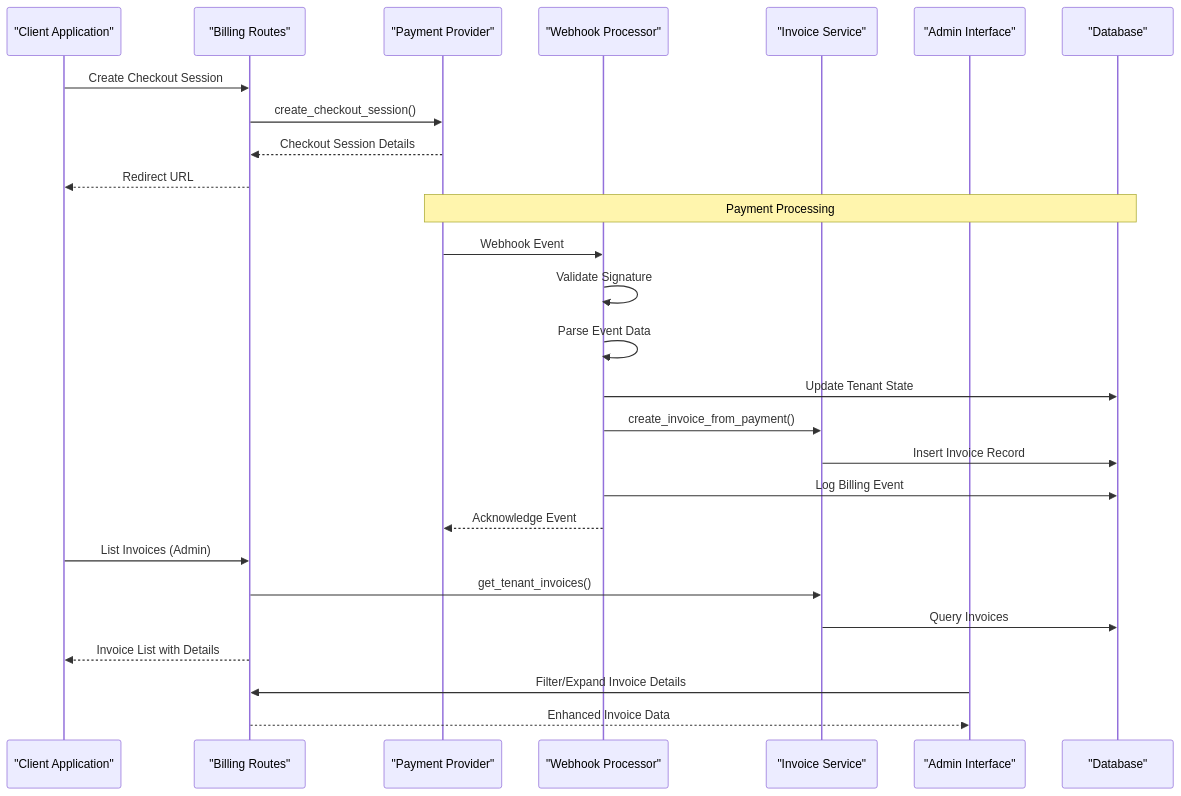
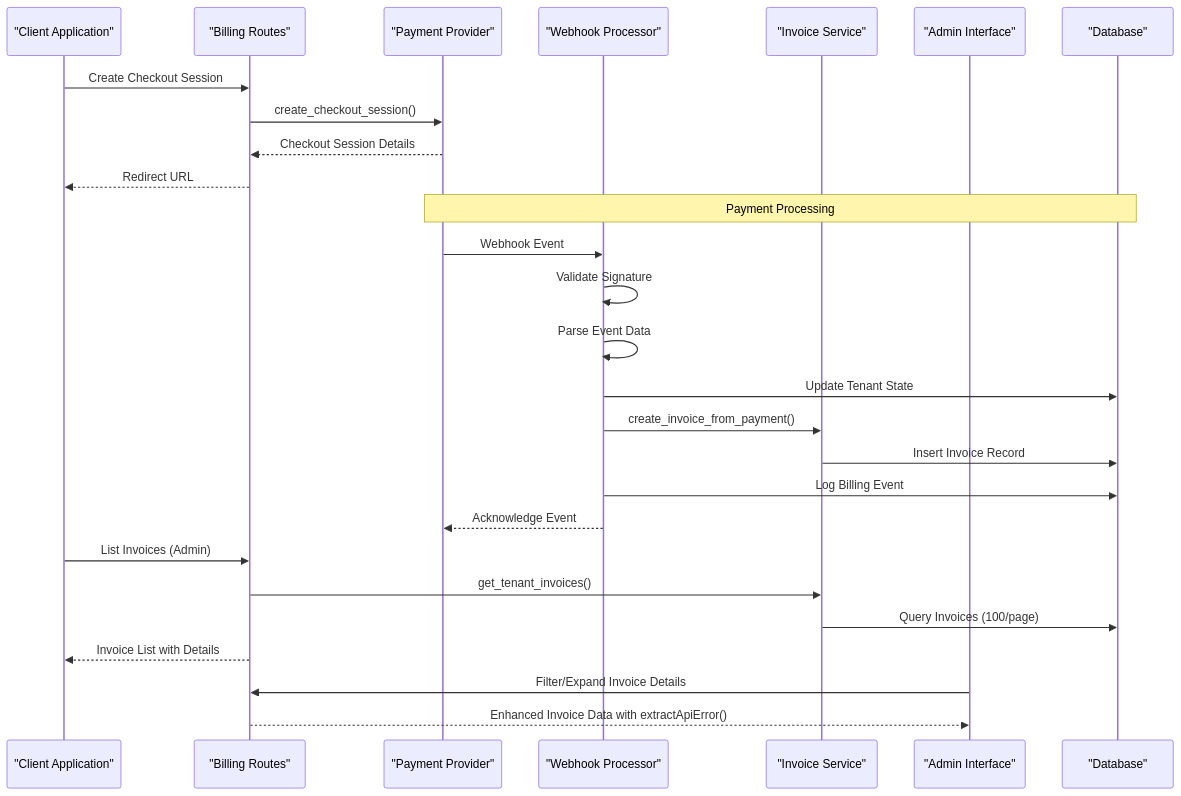
The second of 9 diagrams in .qoder/repowiki/en/content/Frontend Architecture/Invoice Management.md (Revanththetalogics/aireume), drawn with Mermaid before and after one commit. The commit also changed other lines of this file and 9 other files, not shown here.

Commit message:
fix: admin overview metrics showing dashes - add flat fields to API response - Add active_users, total_analyses, mrr at root level of /metrics/overview - Frontend already expects these field names - no frontend changes needed

````diff
--- a/.qoder/repowiki/en/content/Frontend Architecture/Invoice Management.md
+++ b/.qoder/repowiki/en/content/Frontend Architecture/Invoice Management.md
@@ -133,29 +135,29 @@
 ```mermaid
 sequenceDiagram
 participant Client as "Client Application"
 participant API as "Billing Routes"
 participant Provider as "Payment Provider"
 participant Webhook as "Webhook Processor"
 participant Invoice as "Invoice Service"
 participant AdminUI as "Admin Interface"
 participant DB as "Database"
 Client->>API : Create Checkout Session
 API->>Provider : create_checkout_session()
 Provider-->>API : Checkout Session Details
 API-->>Client : Redirect URL
 Note over Provider,DB : Payment Processing
 Provider->>Webhook : Webhook Event
 Webhook->>Webhook : Validate Signature
 Webhook->>Webhook : Parse Event Data
 Webhook->>DB : Update Tenant State
 Webhook->>Invoice : create_invoice_from_payment()
 Invoice->>DB : Insert Invoice Record
 Webhook->>DB : Log Billing Event
 Webhook-->>Provider : Acknowledge Event
 Client->>API : List Invoices (Admin)
 API->>Invoice : get_tenant_invoices()
-Invoice->>DB : Query Invoices
+Invoice->>DB : Query Invoices (100/page)
 API-->>Client : Invoice List with Details
 AdminUI->>API : Filter/Expand Invoice Details
-API-->>AdminUI : Enhanced Invoice Data
+API-->>AdminUI : Enhanced Invoice Data with extractApiError()
 ```
````
